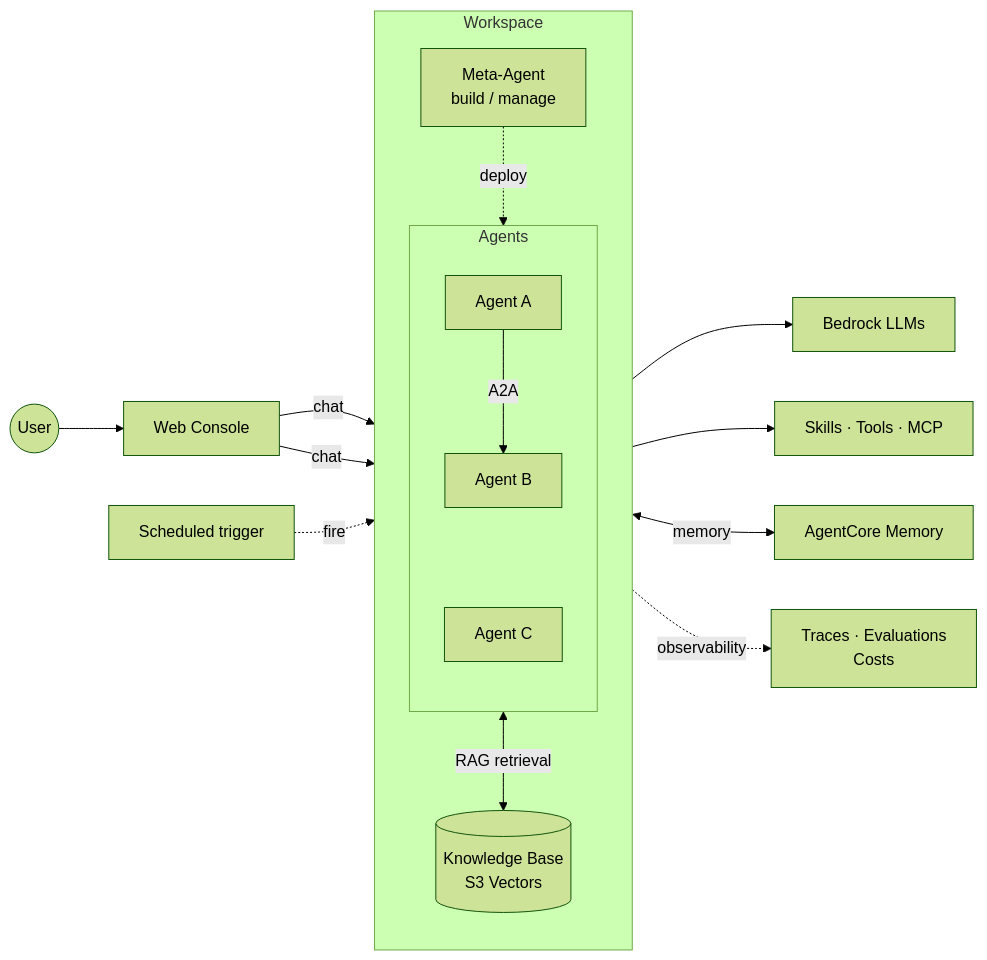
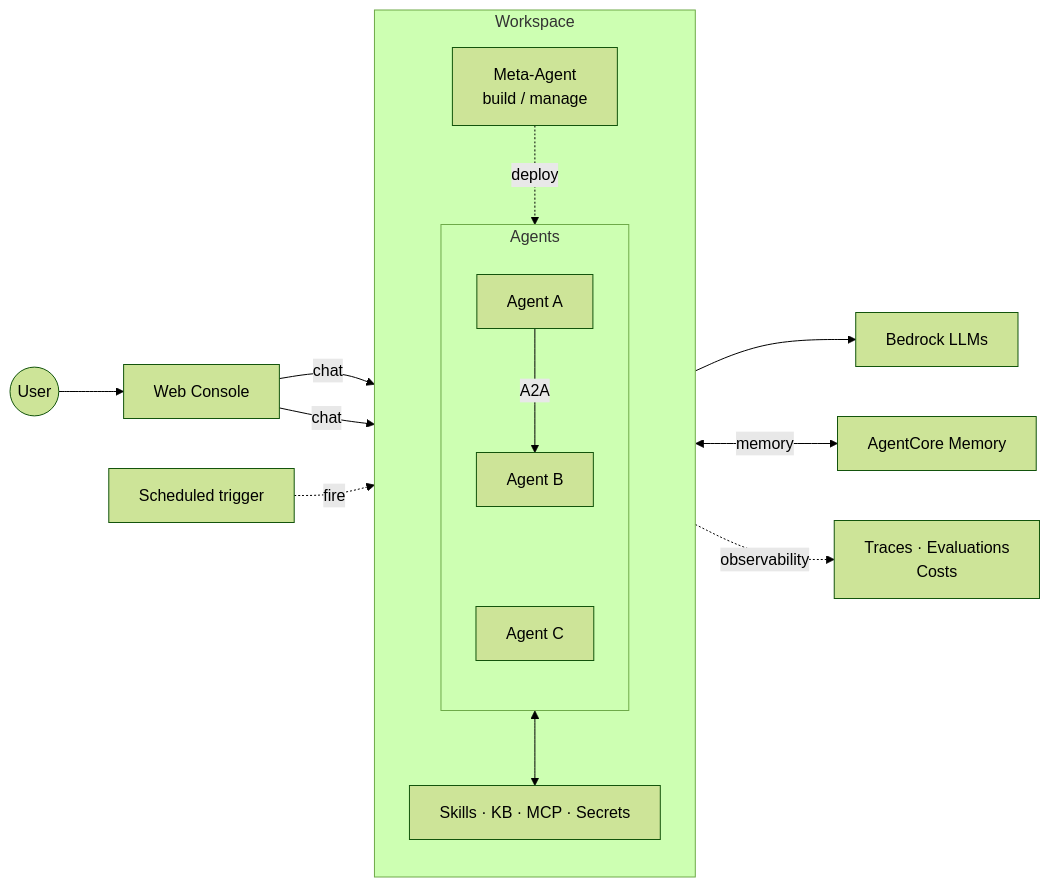
One commit to ddpie/agent-studio changed the second of 2 diagrams in README.md. Above: the diagram before and after it, drawn with Mermaid (forest theme). The commit also changed other lines of this file, not shown here.

Commit message:
docs(readme): consolidate workspace resources in architecture diagram
Replace standalone KB node with a unified Resources block (Skills, KB,
MCP, Secrets) inside the Workspace subgraph to better represent the
full set of workspace-scoped assets.

````diff
--- a/README.md
+++ b/README.md
@@ -214,26 +213,25 @@
 ```mermaid
 graph LR
     User((User)) --> Web[Web Console]
     Cron[Scheduled trigger]
 
     subgraph Workspace
         direction TB
         Meta[Meta-Agent<br/>build / manage]
         subgraph Agents
             direction TB
             A1[Agent A] -->|A2A| A2[Agent B]
             A2 ~~~ A3[Agent C]
         end
-        KB[(Knowledge Base<br/>S3 Vectors)]
+        Res[Skills · KB · MCP · Secrets]
     end
 
     Web -->|chat| Meta
     Web -->|chat| Agents
     Meta -.deploy.-> Agents
     Cron -.fire.-> Agents
     Agents --> LLM[Bedrock LLMs]
-    Agents --> Ext[Skills · Tools · MCP]
-    Agents <-->|RAG retrieval| KB
+    Agents <--> Res
     Agents <-->|memory| Mem[AgentCore Memory]
     Agents -.observability.-> Obs[Traces · Evaluations<br/>Costs]
 ```
````
